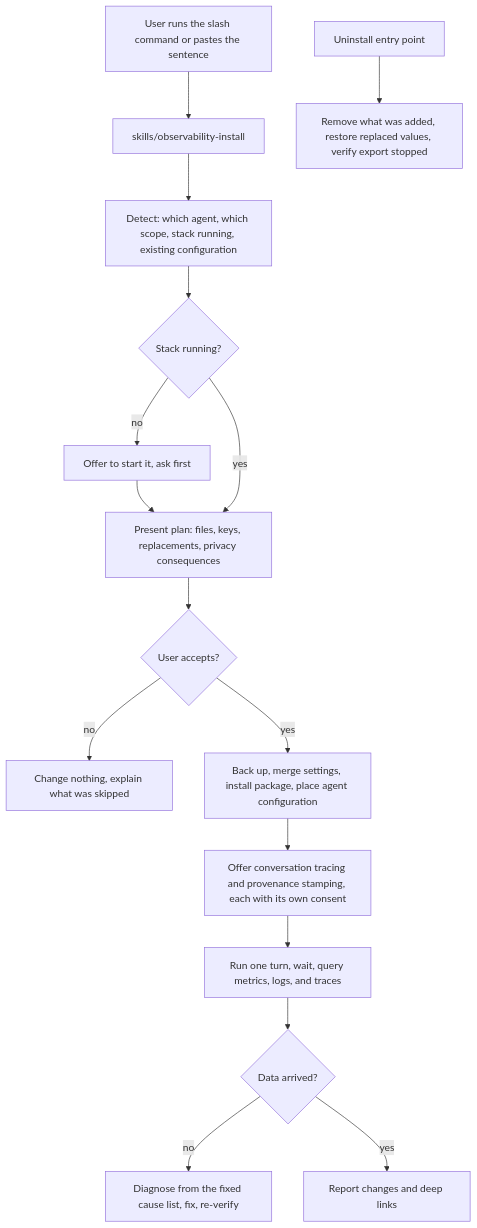
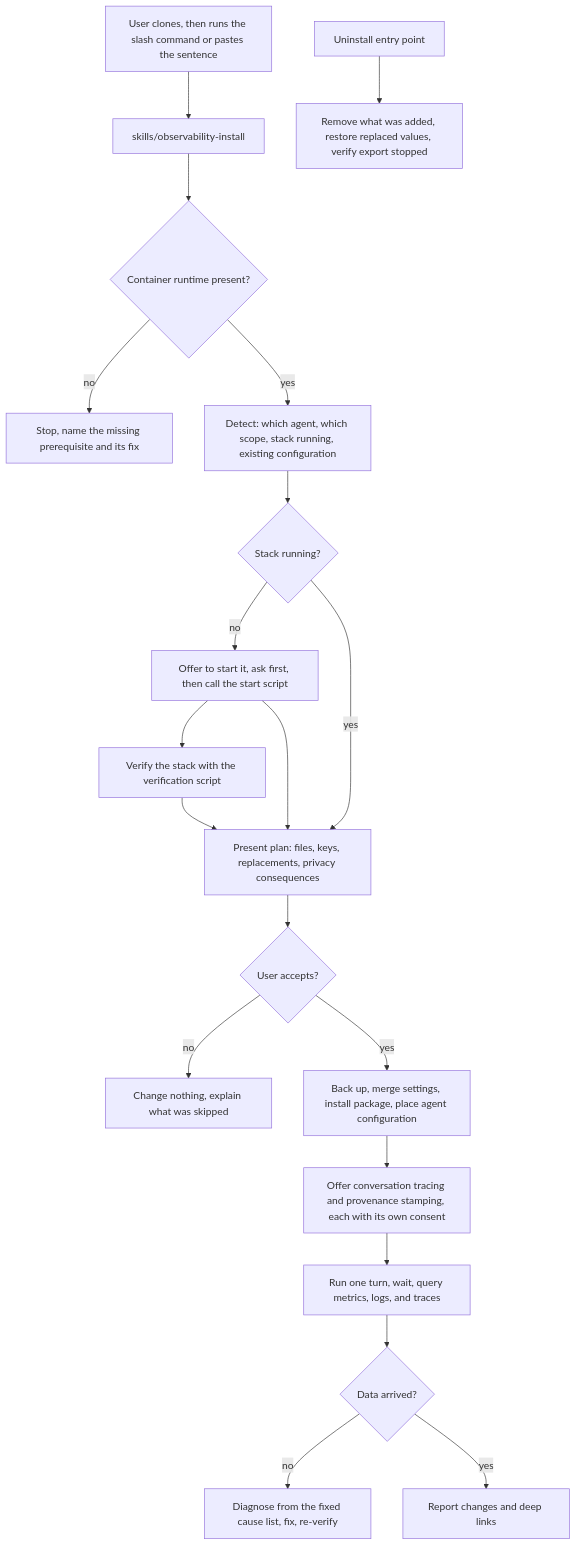
One commit to desek/agent-observability changed the second of 3 diagrams in docs/cr/CR-0006-agent-driven-install-path.md. Above: the diagram before and after it, drawn with Mermaid. The commit also changed other lines of this file, not shown here.

First line of the commit message:
checkpoint(CR-0006): make the agent-driven path the primary install path

````diff
--- a/docs/cr/CR-0006-agent-driven-install-path.md
+++ b/docs/cr/CR-0006-agent-driven-install-path.md
@@ -90,18 +95,22 @@
 ```mermaid
 flowchart TD
-    USER["User runs the slash command or pastes the sentence"] --> SKILL["skills/observability-install"]
-    SKILL --> DETECT["Detect: which agent, which scope, stack running, existing configuration"]
+    USER["User clones, then runs the slash command or pastes the sentence"] --> SKILL["skills/observability-install"]
+    SKILL --> PRE{"Container runtime present?"}
+    PRE -->|"no"| NAMEFIX["Stop, name the missing prerequisite and its fix"]
+    PRE -->|"yes"| DETECT["Detect: which agent, which scope, stack running, existing configuration"]
     DETECT --> STACKCHECK{"Stack running?"}
-    STACKCHECK -->|"no"| OFFER["Offer to start it, ask first"]
+    STACKCHECK -->|"no"| OFFER["Offer to start it, ask first, then call the start script"]
+    OFFER --> VERIFYSTACK["Verify the stack with the verification script"]
+    VERIFYSTACK --> PLAN
     OFFER --> PLAN
     STACKCHECK -->|"yes"| PLAN["Present plan: files, keys, replacements, privacy consequences"]
     PLAN --> CONSENT{"User accepts?"}
     CONSENT -->|"no"| STOP["Change nothing, explain what was skipped"]
     CONSENT -->|"yes"| APPLY["Back up, merge settings, install package, place agent configuration"]
     APPLY --> OPTIONAL["Offer conversation tracing and provenance stamping, each with its own consent"]
     OPTIONAL --> VERIFY["Run one turn, wait, query metrics, logs, and traces"]
     VERIFY --> DIAG{"Data arrived?"}
     DIAG -->|"no"| FIX["Diagnose from the fixed cause list, fix, re-verify"]
     DIAG -->|"yes"| REPORT["Report changes and deep links"]
     UNINSTALL["Uninstall entry point"] --> REVERSE["Remove what was added, restore replaced values, verify export stopped"]
 ```
````
